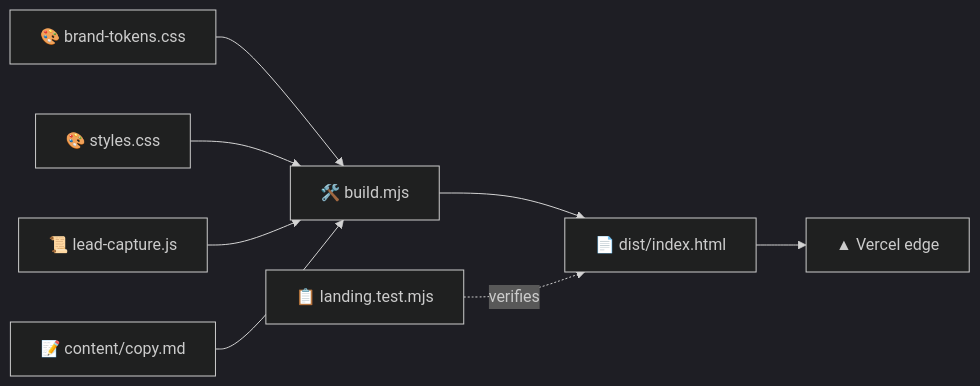
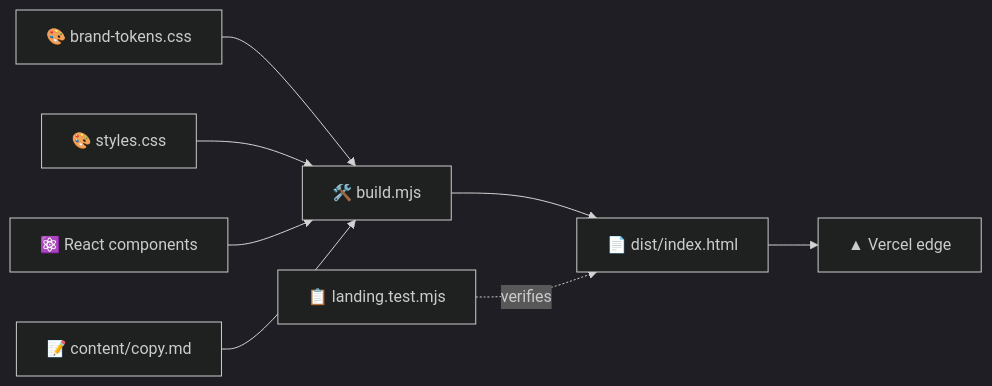
One commit to Sheshiyer/fitcheck-landing changed the diagram in README.md. Above: the diagram before and after it, drawn with Mermaid (dark theme). The commit also changed other lines of this file and 14 other files, not shown here.

First line of the commit message:
refactor: replace lead capture form with BookingForm component and update related sections

````diff
--- a/README.md
+++ b/README.md
@@ -98,10 +98,10 @@
 ```mermaid
 graph LR
     A["🎨 brand-tokens.css"] --> B["🛠️ build.mjs"]
     C["🎨 styles.css"] --> B
-    D["📜 lead-capture.js"] --> B
+    D["⚛️ React components"] --> B
     E["📝 content/copy.md"] --> B
     B --> F["📄 dist/index.html"]
     F --> G["▲ Vercel edge"]
     H["📋 landing.test.mjs"] -.verifies.-> F
 ```
````
